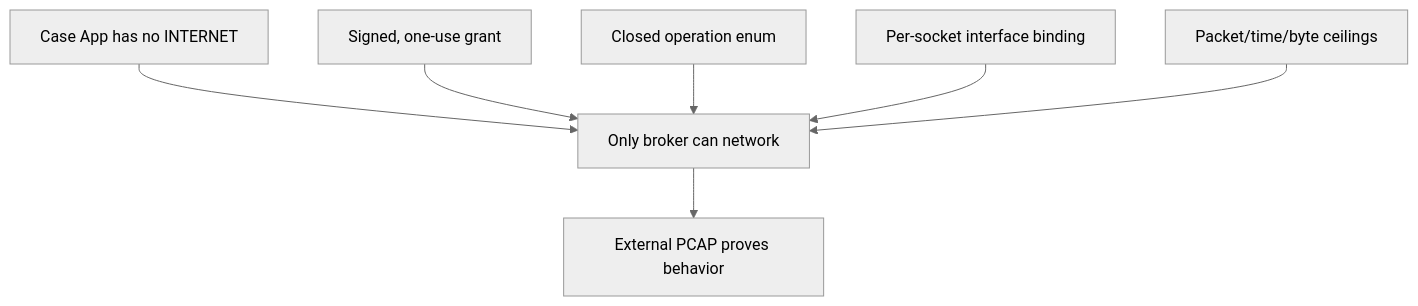
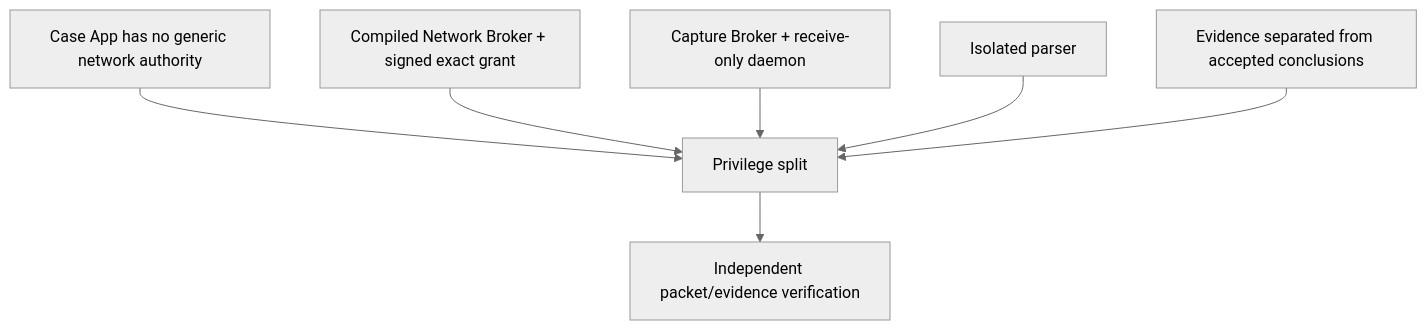
One commit to charifmahmoudi/mobile-ot-security-assessment changed the diagram in docs/architecture/SECURITY-AND-THREAT-MODEL.md. Above: the diagram before and after it, drawn with Mermaid (neutral theme). The commit also changed other lines of this file and 37 other files, not shown here.

````diff
--- a/docs/architecture/SECURITY-AND-THREAT-MODEL.md
+++ b/docs/architecture/SECURITY-AND-THREAT-MODEL.md
@@ -53,9 +39,9 @@
 ```mermaid
 flowchart TD
-  NOINET["Case App has no INTERNET"] --> SMALL["Only broker can network"]
-  SIGNED["Signed, one-use grant"] --> SMALL
-  COMPILED["Closed operation enum"] --> SMALL
-  BIND["Per-socket interface binding"] --> SMALL
-  LIMIT["Packet/time/byte ceilings"] --> SMALL
-  SMALL --> PROOF["External PCAP proves behavior"]
+  APP["Case App has no generic network authority"] --> SPLIT["Privilege split"]
+  ACTIVE["Compiled Network Broker + signed exact grant"] --> SPLIT
+  PASSIVE["Capture Broker + receive-only daemon"] --> SPLIT
+  PARSER["Isolated parser"] --> SPLIT
+  REVIEW["Evidence separated from accepted conclusions"] --> SPLIT
+  SPLIT --> PROOF["Independent packet/evidence verification"]
 ```
````
